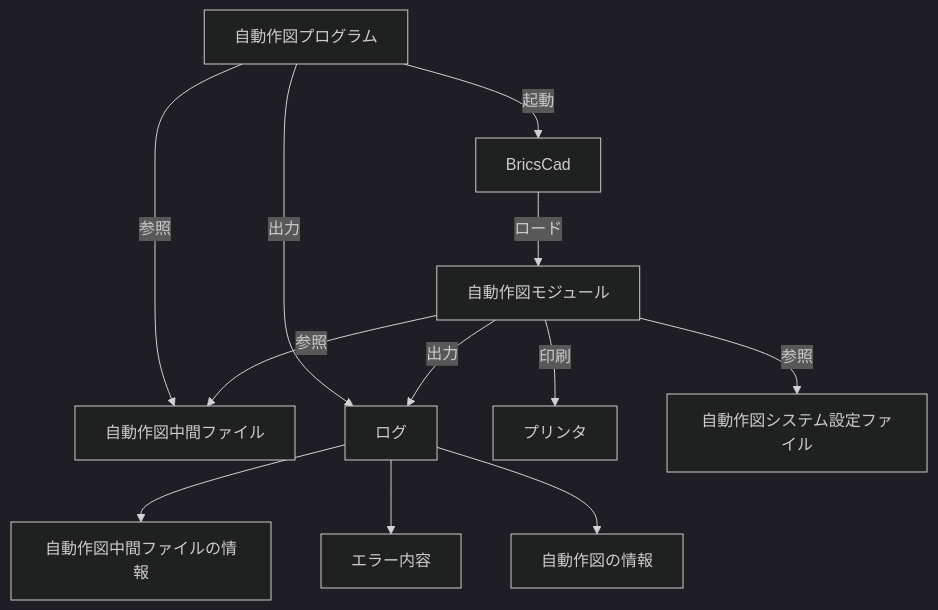
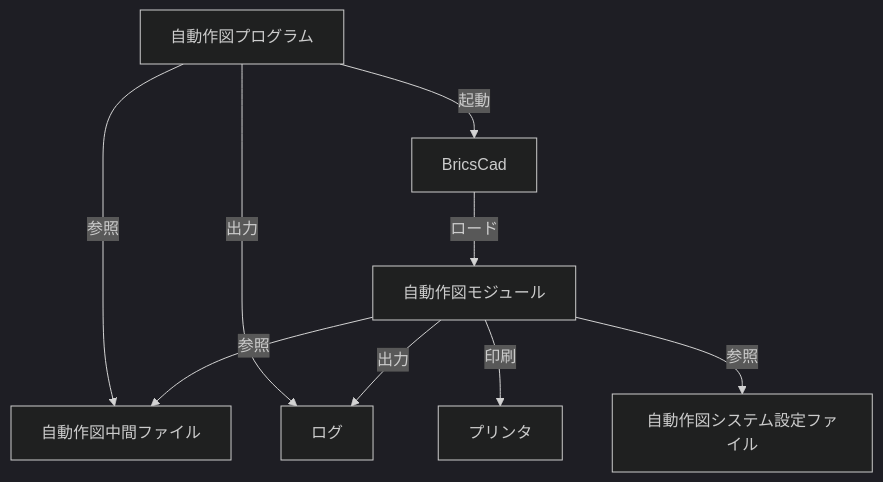
The fourth of 6 diagrams in BehavioralPatterns/Command/README.md (tungphan94/DesignPattern), drawn with Mermaid (dark theme) before and after one commit. The commit also changed other lines of this file, not shown here.

````diff
--- a/BehavioralPatterns/Command/README.md
+++ b/BehavioralPatterns/Command/README.md
@@ -34,14 +47,11 @@
 ```mermaid
 graph TD;
     自動作図プログラム-->|起動|BricsCad;
     自動作図プログラム-->|参照|自動作図中間ファイル;
     BricsCad-->|ロード|自動作図モジュール;
     自動作図モジュール-->|参照|自動作図中間ファイル;
     自動作図プログラム-->|出力|ログ;
     自動作図モジュール-->|出力|ログ;
     自動作図モジュール --> |印刷|プリンタ;
     自動作図モジュール --> |参照|自動作図システム設定ファイル;
-    ログ --> 自動作図中間ファイルの情報
-    ログ --> エラー内容
-    ログ　--> 自動作図の情報
 ```
````
